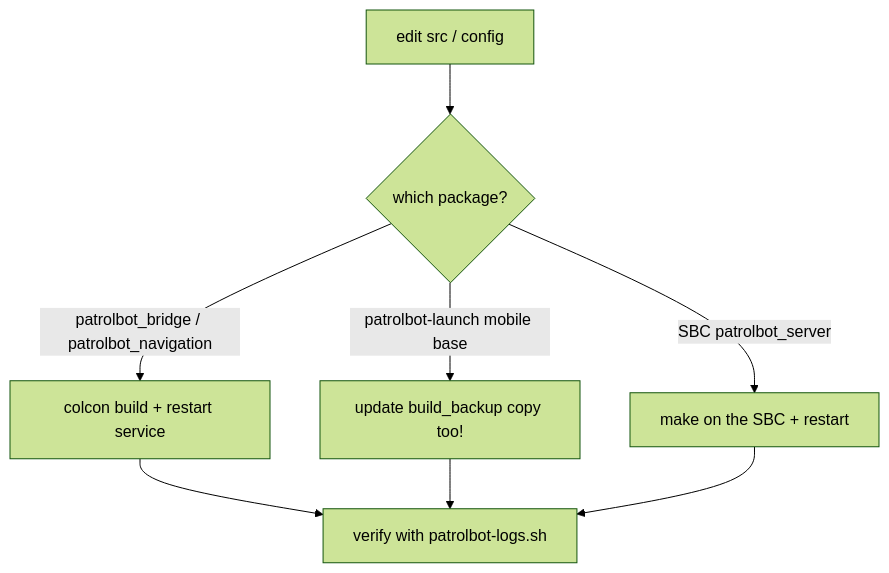
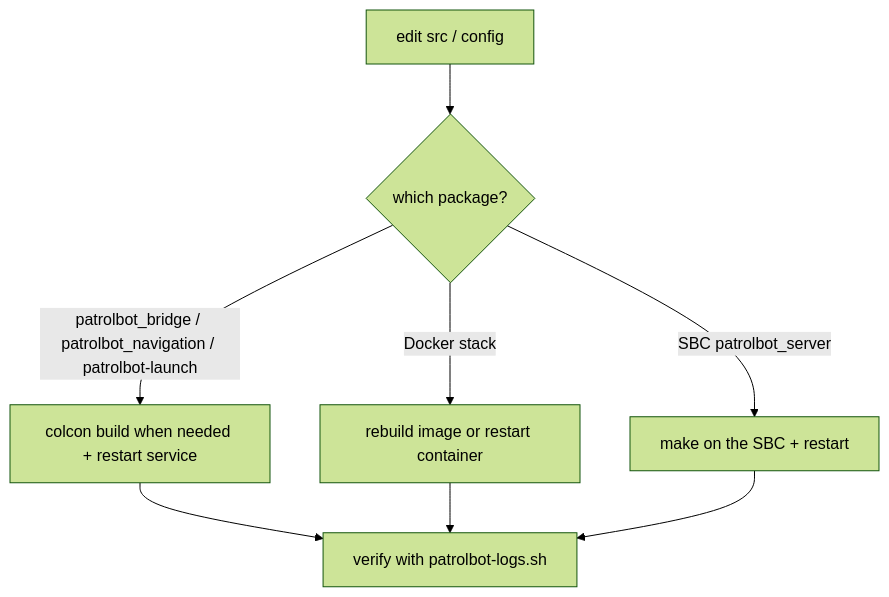
One commit to cmu-impactlab/patrolbot changed the diagram in docs/deployment/updates.md. Above: the diagram before and after it, drawn with Mermaid (forest theme). The commit also changed other lines of this file and 41 other files, not shown here.

````diff
--- a/docs/deployment/updates.md
+++ b/docs/deployment/updates.md
@@ -14,10 +14,10 @@
 ```mermaid
 flowchart TB
     EDIT["edit src / config"] --> WHICH{which package?}
-    WHICH -->|patrolbot_bridge / patrolbot_navigation| BUILD["colcon build + restart service"]
-    WHICH -->|patrolbot-launch mobile base| BACKUP["update build_backup copy too!"]
+    WHICH -->|patrolbot_bridge / patrolbot_navigation / patrolbot-launch| BUILD["colcon build when needed + restart service"]
+    WHICH -->|Docker stack| DOCKER["rebuild image or restart container"]
     WHICH -->|SBC patrolbot_server| MAKE["make on the SBC + restart"]
     BUILD --> VERIFY["verify with patrolbot-logs.sh"]
-    BACKUP --> VERIFY
+    DOCKER --> VERIFY
     MAKE --> VERIFY
 ```
````
